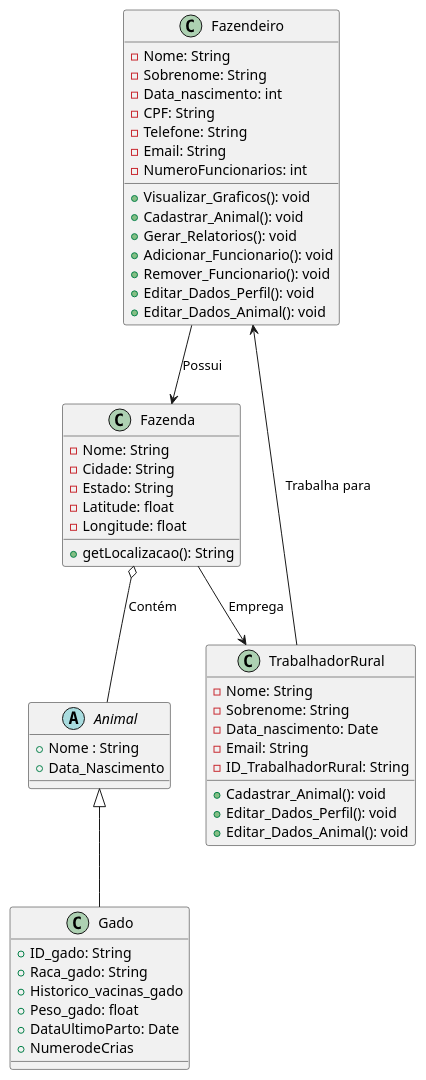
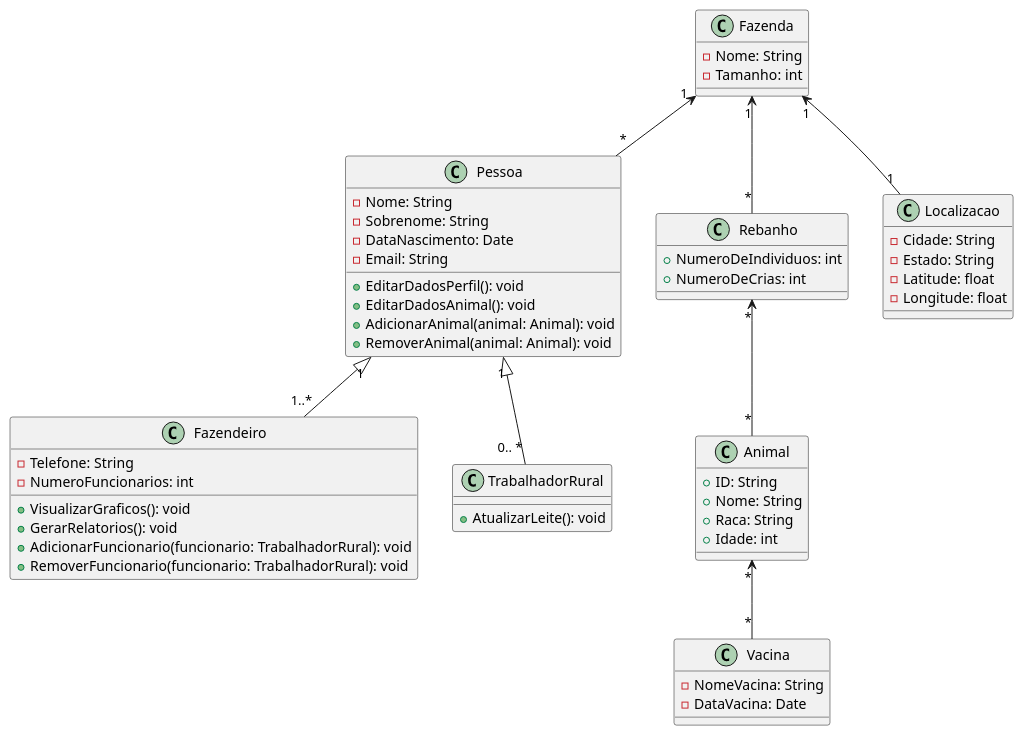
The diagram in DiagramasUML/Classes.puml (pedroaugusto99/ms_20242_g6), drawn with PlantUML before and after one commit.

```diff
--- a/DiagramasUML/Classes.puml
+++ b/DiagramasUML/Classes.puml
@@ -1,74 +1,66 @@
 @startuml
-class Fazendeiro {
+class Pessoa {
     -Nome: String
     -Sobrenome: String
-    -Data_nascimento: int
-    -CPF: String
+    -DataNascimento: Date
+    -Email: String
+    
+    +EditarDadosPerfil(): void
+    +EditarDadosAnimal(): void
+    +AdicionarAnimal(animal: Animal): void
+    +RemoverAnimal(animal: Animal): void
+}
+
+class Fazendeiro {
     -Telefone: String
-    -Email: String
     -NumeroFuncionarios: int
-    
-    +Visualizar_Graficos(): void
-    +Cadastrar_Animal(): void
-    +Gerar_Relatorios(): void
-    +Adicionar_Funcionario(): void
-    +Remover_Funcionario(): void
-    +Editar_Dados_Perfil(): void
-    +Editar_Dados_Animal(): void
-    
+
+    +VisualizarGraficos(): void
+    +GerarRelatorios(): void
+    +AdicionarFuncionario(funcionario: TrabalhadorRural): void
+    +RemoverFuncionario(funcionario: TrabalhadorRural): void
 }
-    
 
+class TrabalhadorRural {
+    +AtualizarLeite(): void
+}
 
 class Fazenda {
     -Nome: String
+    -Tamanho: int
+}
+
+class Rebanho {
+    +NumeroDeIndividuos: int
+    +NumeroDeCrias: int
+}
+
+class Vacina {
+    -NomeVacina: String
+    -DataVacina: Date
+}
+
+class Localizacao {
     -Cidade: String
     -Estado: String
     -Latitude: float
     -Longitude: float
-
-    +getLocalizacao(): String
-
 }
 
-class TrabalhadorRural {
-    -Nome: String
-    -Sobrenome: String
-    -Data_nascimento: Date
-    -Email: String
-    -ID_TrabalhadorRural: String
-
-    +Cadastrar_Animal(): void
-    +Editar_Dados_Perfil(): void
-    +Editar_Dados_Animal(): void
-
-}
-
-abstract class Animal {
-    +Nome : String
-    +Data_Nascimento
-    
-}
-
-class Gado extends Animal {
-    +ID_gado: String
-    +Raca_gado: String
-    +Historico_vacinas_gado
-    +Peso_gado: float
-    +DataUltimoParto: Date
-    +NumerodeCrias
-
+class Animal {
+    +ID: String
+    +Nome: String
+    +Raca: String
+    +Idade: int
 }
 
 
-
-
-
-
-Fazenda  o--  Animal : Contém
-Fazendeiro  --> Fazenda : Possui
-Fazenda  --> TrabalhadorRural : Emprega
-TrabalhadorRural  --> Fazendeiro : Trabalha para
-
+Fazenda "1" <-- "*" Pessoa
+Fazenda "1" <-- "*" Rebanho
+Animal "*" <-- "*" Vacina
+Fazenda "1" <-- "1" Localizacao
+Rebanho "*" <-- "*" Animal
+Pessoa "1" <|-- "1..*" Fazendeiro
+Pessoa "1" <|-- "0.. *" TrabalhadorRural
 
 @enduml
```
